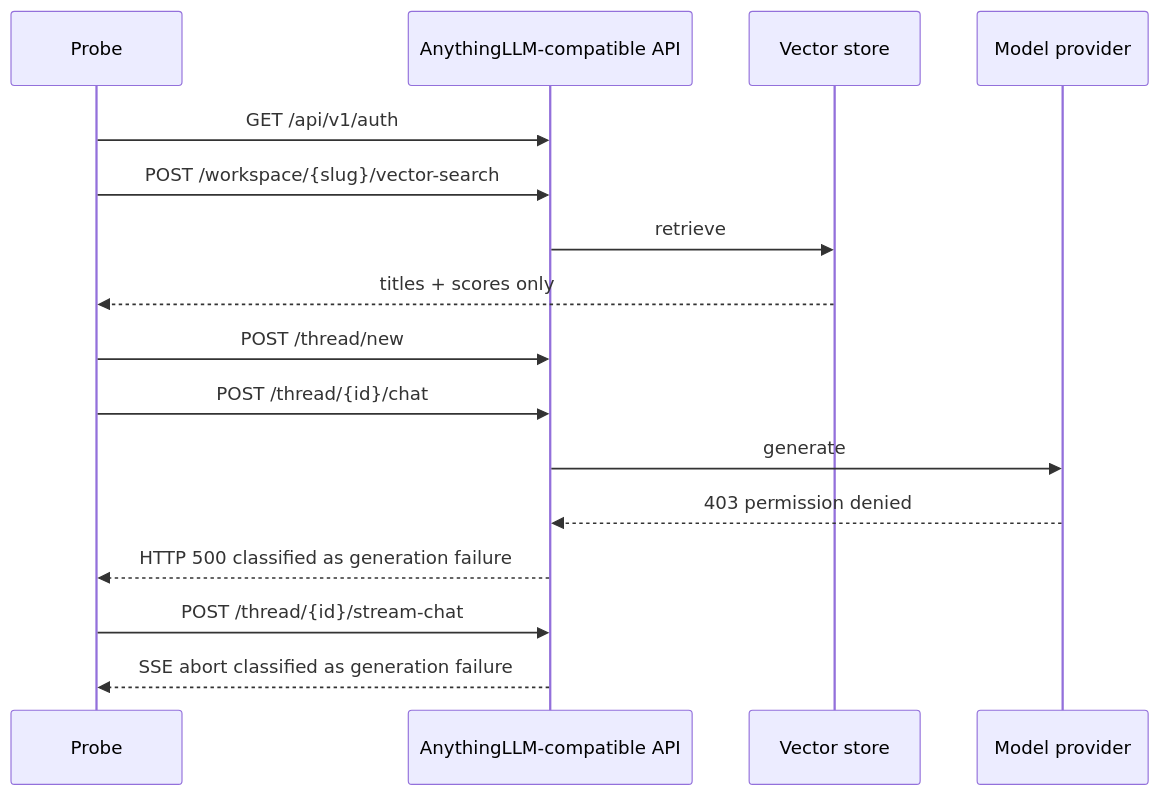
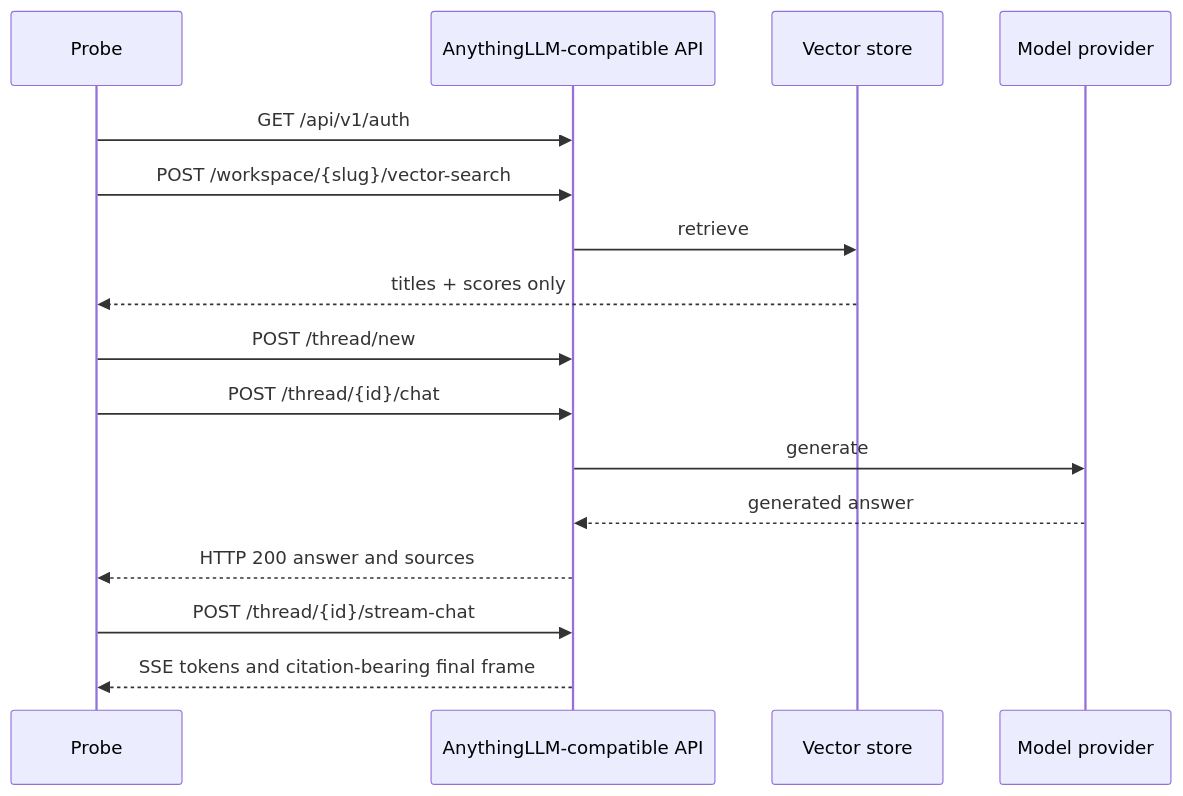
One commit to vibelingan/channel changed the diagram in docs/ai-platform/PRODUCTION-KB-CLOUDRUN-RUNBOOK.md. Above: the diagram before and after it, drawn with Mermaid. The commit also changed other lines of this file and 37 other files, not shown here.

````diff
--- a/docs/ai-platform/PRODUCTION-KB-CLOUDRUN-RUNBOOK.md
+++ b/docs/ai-platform/PRODUCTION-KB-CLOUDRUN-RUNBOOK.md
@@ -64,18 +66,18 @@
 ```mermaid
 sequenceDiagram
   participant Probe
   participant KB as AnythingLLM-compatible API
   participant Vector as Vector store
   participant Model as Model provider
   Probe->>KB: GET /api/v1/auth
   Probe->>KB: POST /workspace/{slug}/vector-search
   KB->>Vector: retrieve
   Vector-->>Probe: titles + scores only
   Probe->>KB: POST /thread/new
   Probe->>KB: POST /thread/{id}/chat
   KB->>Model: generate
-  Model-->>KB: 403 permission denied
-  KB-->>Probe: HTTP 500 classified as generation failure
+  Model-->>KB: generated answer
+  KB-->>Probe: HTTP 200 answer and sources
   Probe->>KB: POST /thread/{id}/stream-chat
-  KB-->>Probe: SSE abort classified as generation failure
+  KB-->>Probe: SSE tokens and citation-bearing final frame
 ```
````
